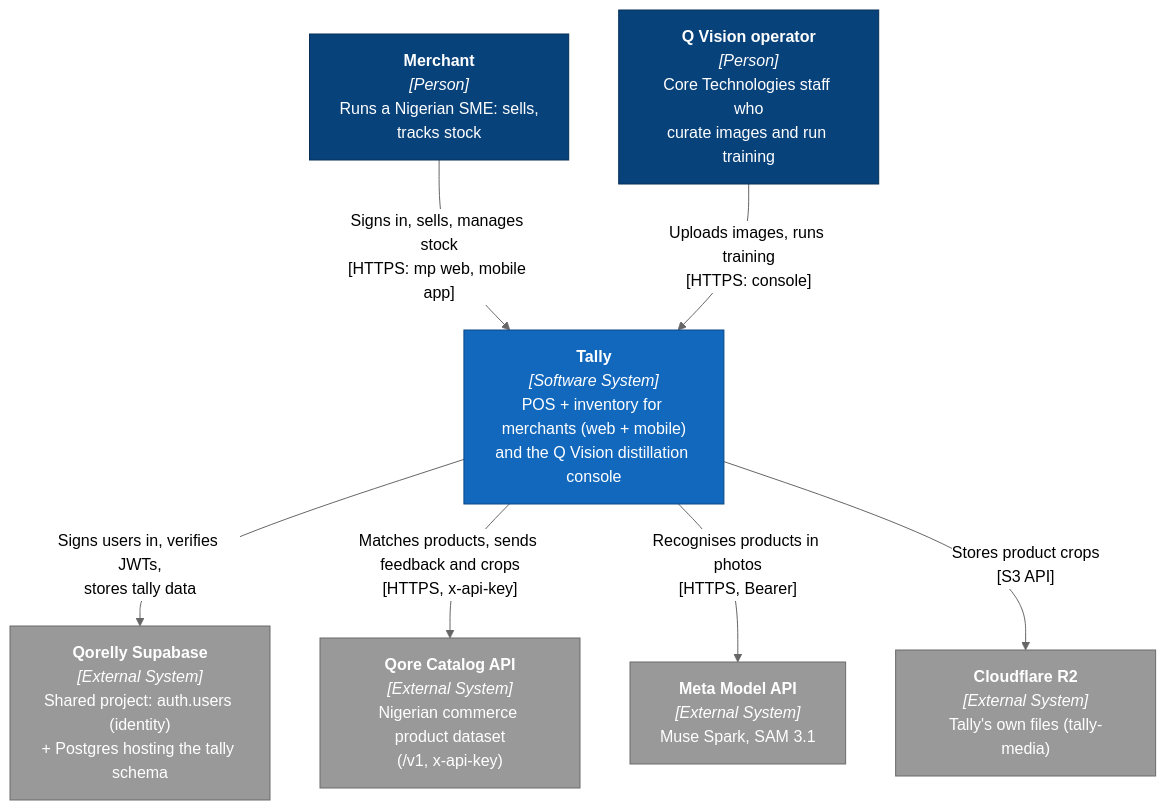
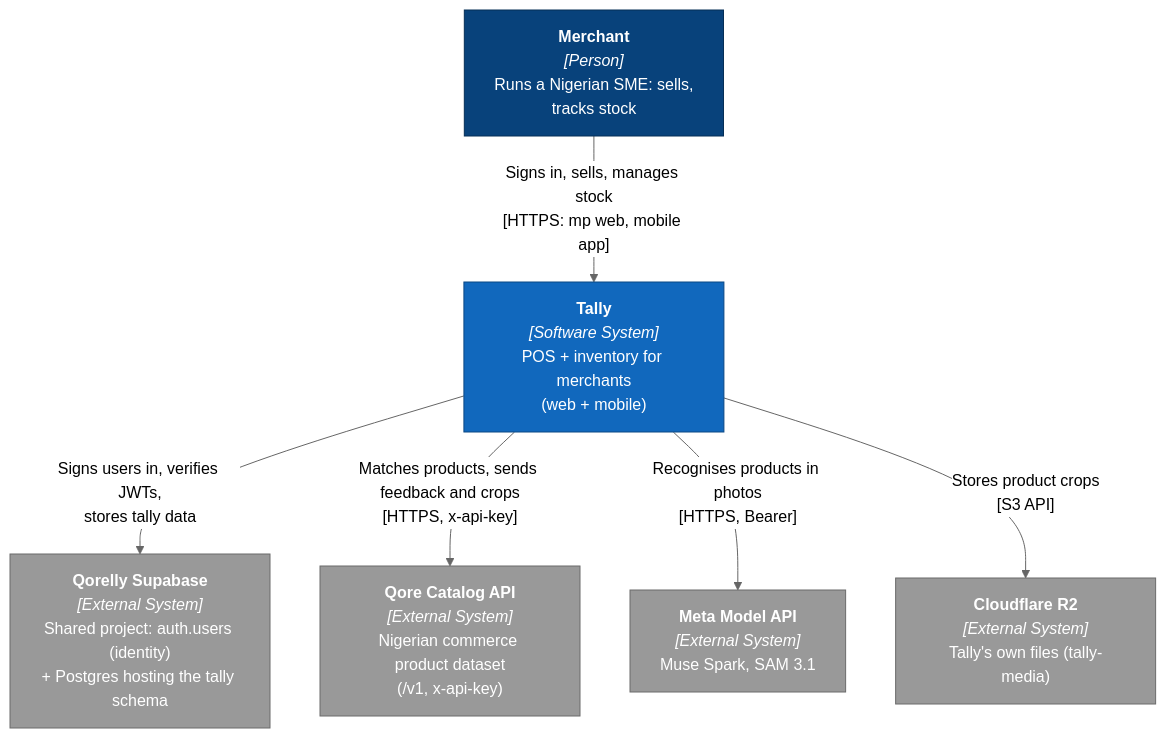
One commit to usecorehq/tally changed the diagram in docs/diagrams/mermaid/c4-context.mmd. Above: the diagram before and after it, drawn with Mermaid. The commit also changed 51 other files, not shown here.

First line of the commit message:
chore: remove the q vision console and train service

```diff
--- a/docs/diagrams/mermaid/c4-context.mmd
+++ b/docs/diagrams/mermaid/c4-context.mmd
@@ -1,27 +1,25 @@
 %%{init: {"theme": "neutral"} }%%
 flowchart TB
     merchant["<b>Merchant</b><br/><i>[Person]</i><br/>Runs a Nigerian SME: sells,<br/>tracks stock"]
-    operator["<b>Q Vision operator</b><br/><i>[Person]</i><br/>Core Technologies staff who<br/>curate images and run training"]
 
-    tally["<b>Tally</b><br/><i>[Software System]</i><br/>POS + inventory for merchants (web + mobile)<br/>and the Q Vision distillation console"]
+    tally["<b>Tally</b><br/><i>[Software System]</i><br/>POS + inventory for merchants<br/>(web + mobile)"]
 
     qorellyAuth["<b>Qorelly Supabase</b><br/><i>[External System]</i><br/>Shared project: auth.users (identity)<br/>+ Postgres hosting the tally schema"]
     catalog["<b>Qore Catalog API</b><br/><i>[External System]</i><br/>Nigerian commerce product dataset<br/>(/v1, x-api-key)"]
     meta["<b>Meta Model API</b><br/><i>[External System]</i><br/>Muse Spark, SAM 3.1"]
     r2["<b>Cloudflare R2</b><br/><i>[External System]</i><br/>Tally's own files (tally-media)"]
 
     merchant -- "Signs in, sells, manages stock<br/>[HTTPS: mp web, mobile app]" --> tally
-    operator -- "Uploads images, runs training<br/>[HTTPS: console]" --> tally
     tally -- "Signs users in, verifies JWTs,<br/>stores tally data" --> qorellyAuth
     tally -- "Matches products, sends feedback and crops<br/>[HTTPS, x-api-key]" --> catalog
     tally -- "Recognises products in photos<br/>[HTTPS, Bearer]" --> meta
     tally -- "Stores product crops<br/>[S3 API]" --> r2
 
     classDef person fill:#08427b,stroke:#052e56,color:#fff
     classDef container fill:#1168bd,stroke:#0b4884,color:#fff
     classDef external fill:#999999,stroke:#6b6b6b,color:#fff
     classDef planned fill:#ffffff,stroke:#1168bd,color:#1168bd,stroke-dasharray: 5 3
     classDef boundary fill:#ffffff,stroke:#999999,color:#333,stroke-dasharray: 4 3
-    class merchant,operator person
+    class merchant person
     class tally container
     class qorellyAuth,catalog,meta,r2 external
```
